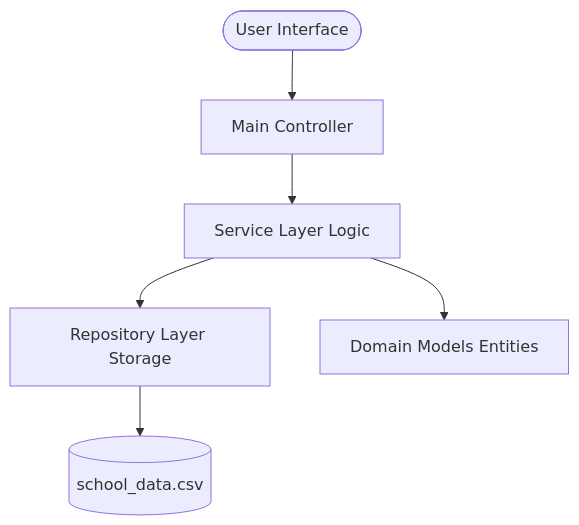
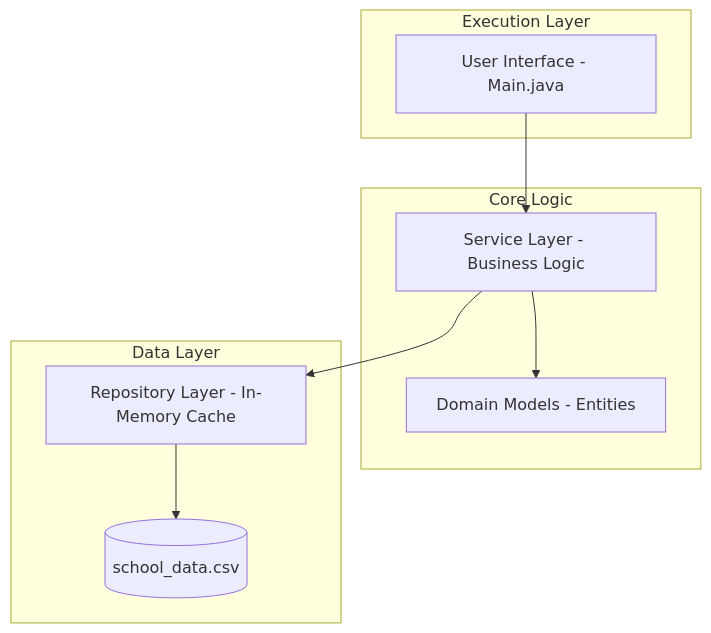
One commit to mahmoudolaim682-source/Final-Student_Management_System changed the diagram in README.md. Above: the diagram before and after it, drawn with Mermaid. The commit also changed other lines of this file, not shown here.

Commit message:
docs: Expand README with detailed features, architectural diagrams, and comprehensive usage instructions.

````diff
--- a/README.md
+++ b/README.md
@@ -59,8 +95,21 @@
 ```mermaid
 graph TD
-    User([User Interface]) --> Main[Main Controller]
-    Main --> Services[Service Layer Logic]
-    Services --> Repositories[Repository Layer Storage]
-    Services --> Models[Domain Models Entities]
-    Repositories --> FileSystem[(school_data.csv)]
+    UI[User Interface - Main.java] --> Services[Service Layer - Business Logic]
+    Services --> Repos[Repository Layer - In-Memory Cache]
+    Services --> Models[Domain Models - Entities]
+    Repos --> CSV[(school_data.csv)]
+
+    subgraph "Execution Layer"
+    UI
+    end
+
+    subgraph "Core Logic"
+    Services
+    Models
+    end
+
+    subgraph "Data Layer"
+    Repos
+    CSV
+    end
 ```
````
